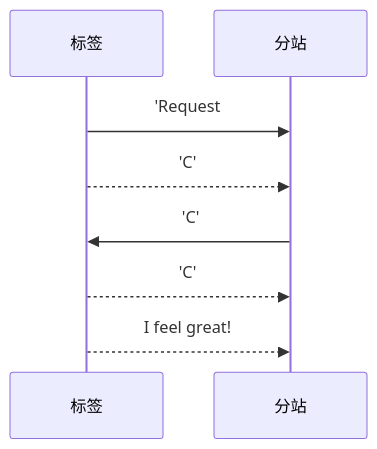
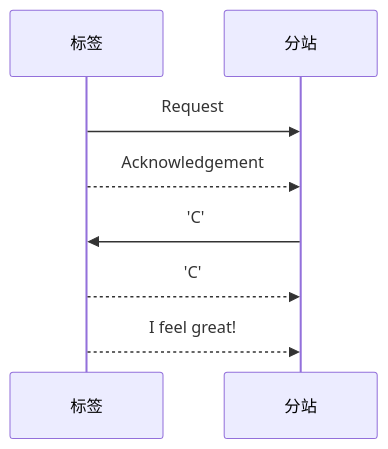
One commit to geek-zhao/iodraw-files changed the diagram in all/未命名.md. Above: the diagram before and after it, drawn with Mermaid.

Commit message:
2024-08-17 13:54:34 update

````diff
--- a/all/未命名.md
+++ b/all/未命名.md
@@ -1,9 +1,9 @@
 ```mermaid
 sequenceDiagram
-    标签->>分站: 'Request
-    标签-->>分站: 'C'
+    标签->>分站: Request
+    标签-->>分站: Acknowledgement
     分站->>标签: 'C'
     标签-->>分站: 'C'
     标签-->>分站: I feel great!
             
 ```
````
